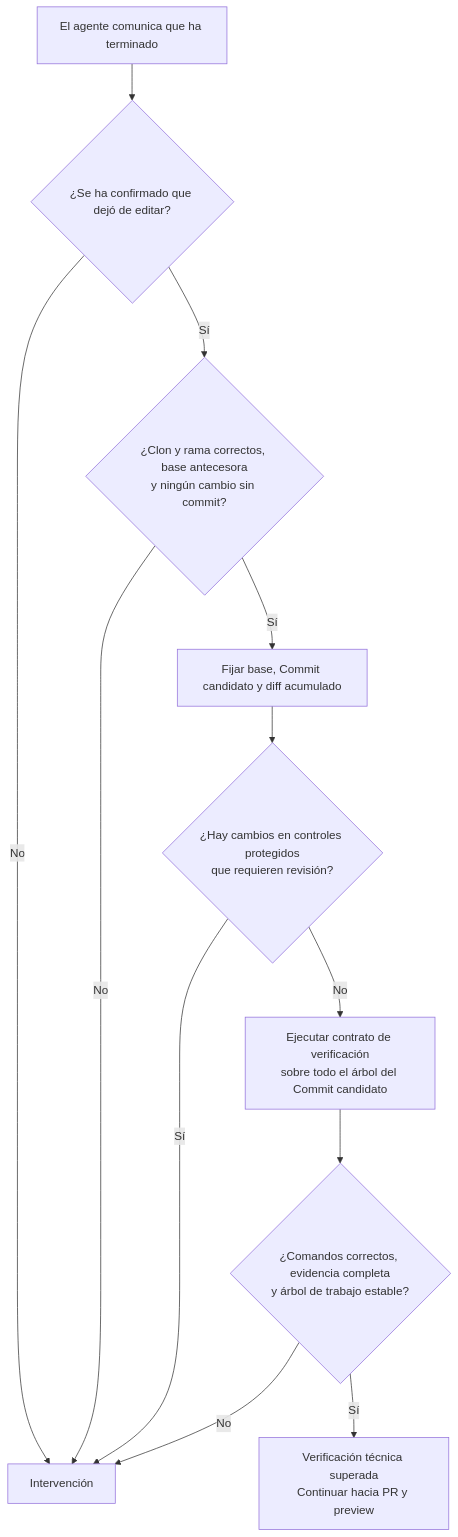
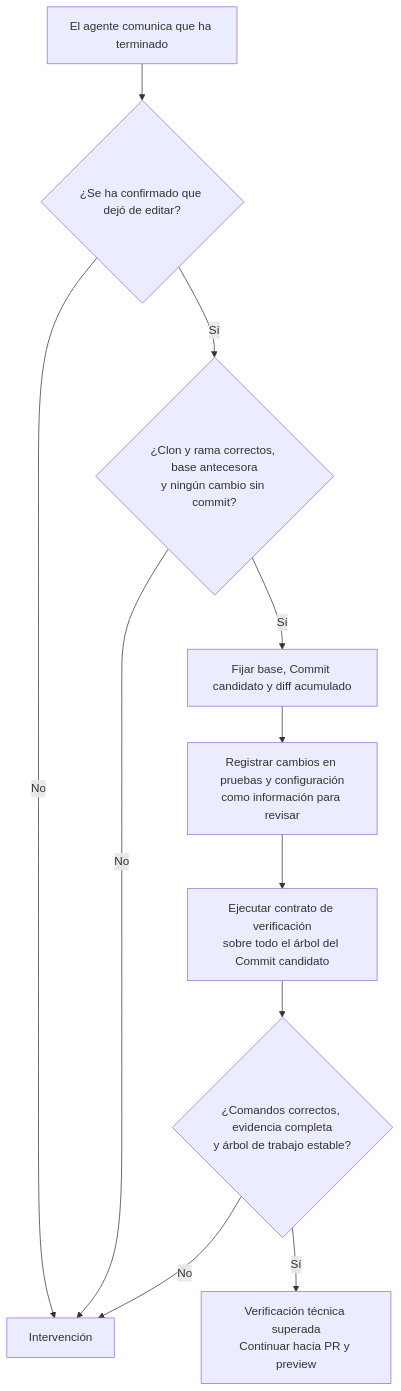
The first of 4 diagrams in docs/manual/03-verificacion-y-aceptacion.md (rubenbp/app-foundry), drawn with Mermaid before and after one commit. The commit also changed other lines of this file and 20 other files, not shown here.

````diff
--- a/docs/manual/03-verificacion-y-aceptacion.md
+++ b/docs/manual/03-verificacion-y-aceptacion.md
@@ -9,14 +9,13 @@
 ```mermaid
 flowchart TD
     A["El agente comunica que ha terminado"] --> S{"¿Se ha confirmado que dejó de editar?"}
     S -->|"No"| X["Intervención"]
     S -->|"Sí"| C{"¿Clon y rama correctos, base antecesora<br/>y ningún cambio sin commit?"}
     C -->|"No"| X
     C -->|"Sí"| D["Fijar base, Commit candidato y diff acumulado"]
-    D --> P{"¿Hay cambios en controles protegidos<br/>que requieren revisión?"}
-    P -->|"Sí"| X
-    P -->|"No"| V["Ejecutar contrato de verificación<br/>sobre todo el árbol del Commit candidato"]
+    D --> P["Registrar cambios en pruebas y configuración<br/>como información para revisar"]
+    P --> V["Ejecutar contrato de verificación<br/>sobre todo el árbol del Commit candidato"]
     V --> T{"¿Comandos correctos, evidencia completa<br/>y árbol de trabajo estable?"}
     T -->|"No"| X
     T -->|"Sí"| R["Verificación técnica superada<br/>Continuar hacia PR y preview"]
 ```
````
